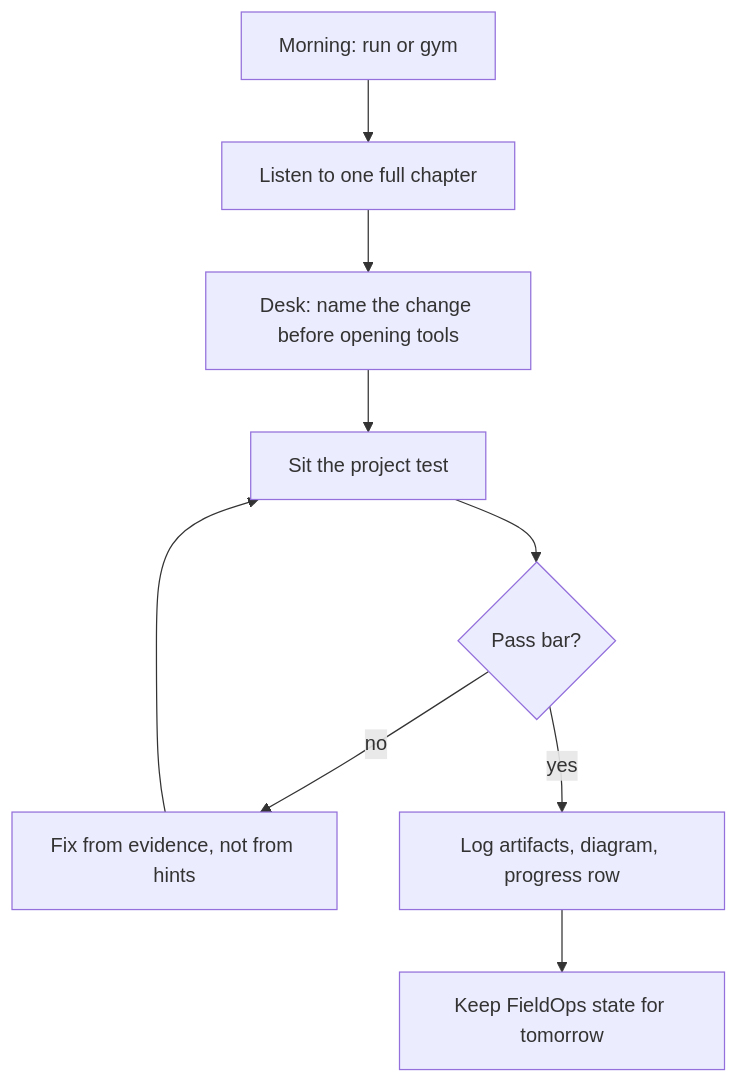
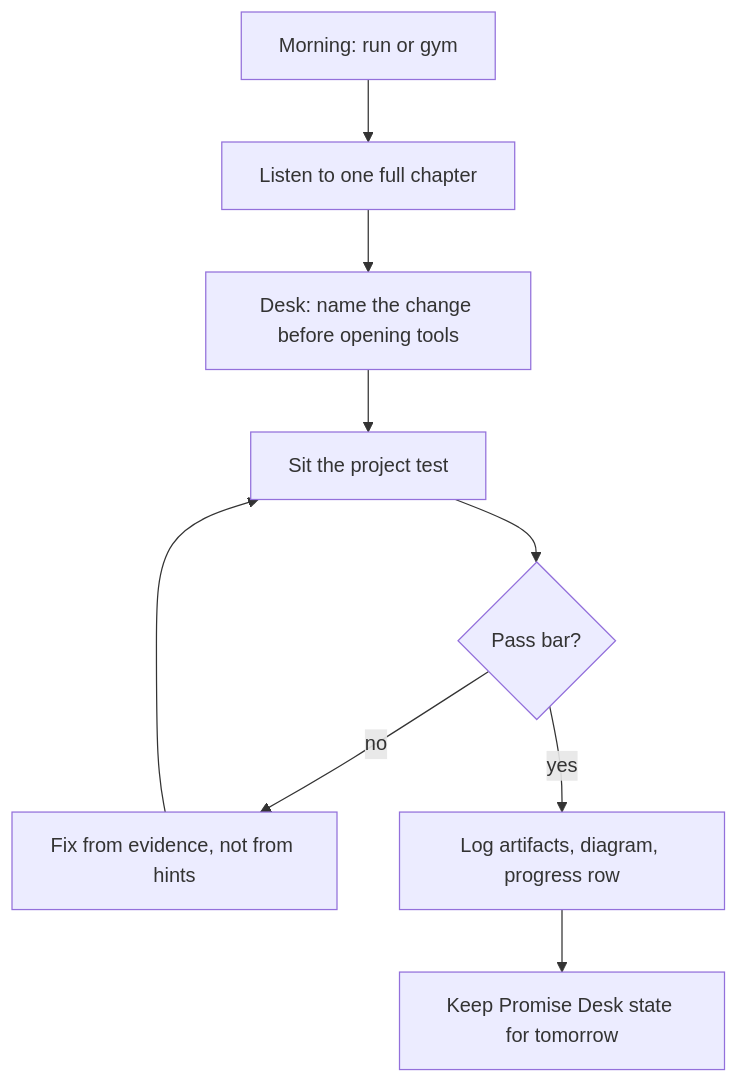
Before and after one commit to Kuu44/fullstack-in-audio: the second of 6 diagrams in README.md, drawn with Mermaid. The commit also changed other lines of this file and 15 other files, not shown here.

First line of the commit message:
Retarget chapter 1 onto Mato Crafts and Promise Desk.

````diff
--- a/README.md
+++ b/README.md
@@ -54,11 +54,11 @@
 ```mermaid
 flowchart TD
   M[Morning: run or gym] --> L[Listen to one full chapter]
   L --> D[Desk: name the change before opening tools]
   D --> T[Sit the project test]
   T --> G{Pass bar?}
   G -->|no| R[Fix from evidence, not from hints]
   R --> T
   G -->|yes| P[Log artifacts, diagram, progress row]
-  P --> N[Keep FieldOps state for tomorrow]
+  P --> N[Keep Promise Desk state for tomorrow]
 ```
````
